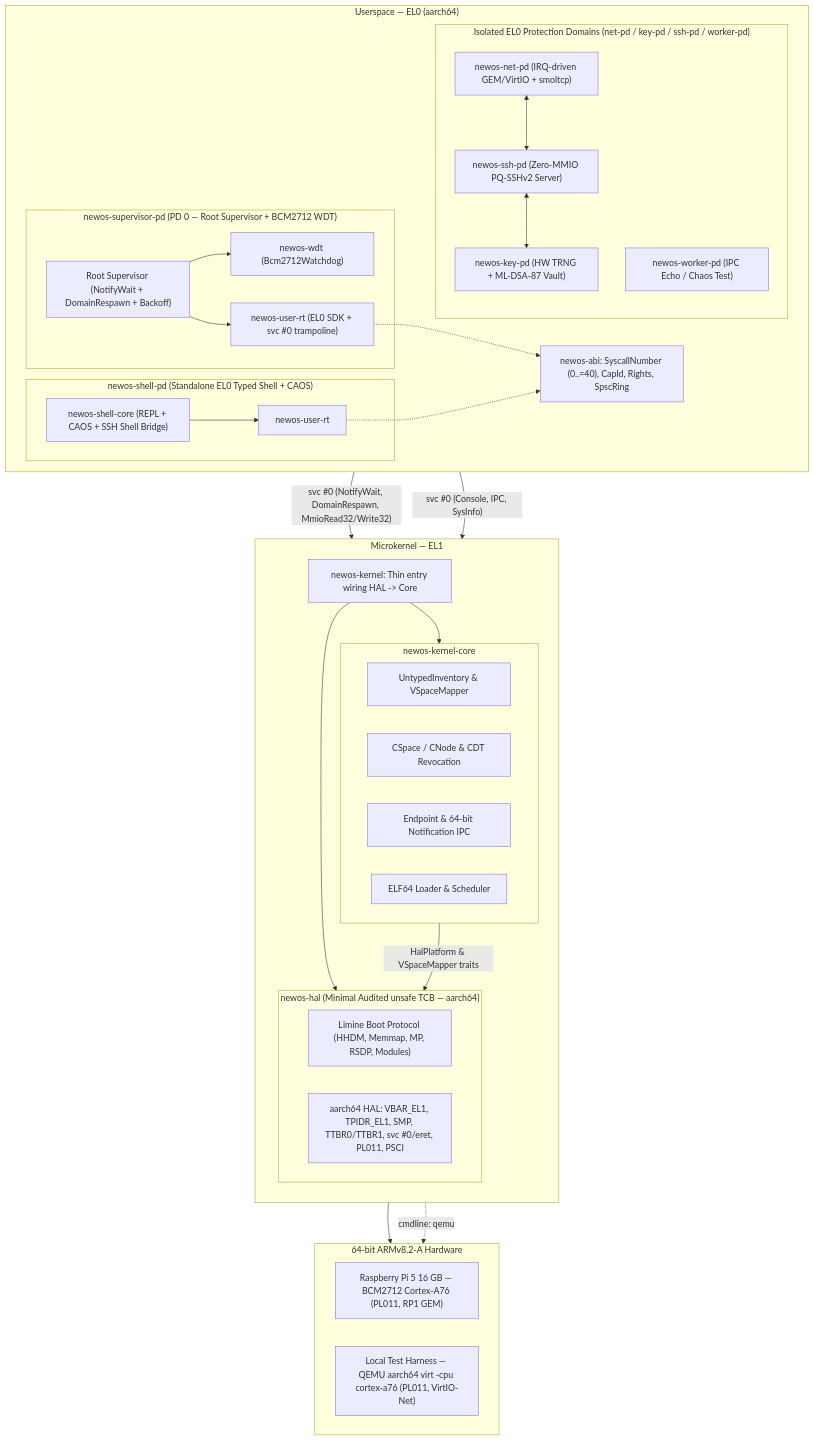
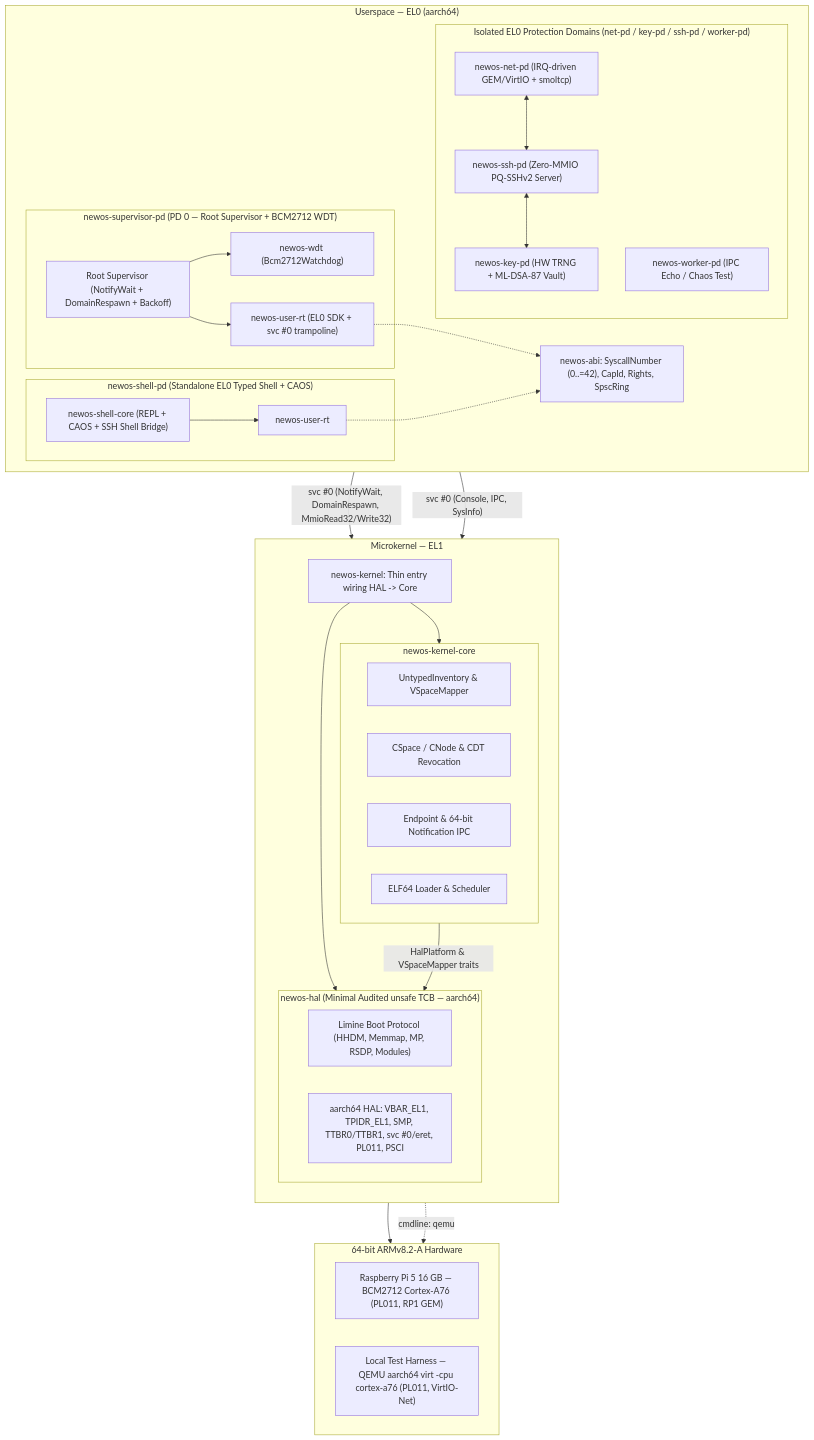
Before and after one commit to laurentgrangeau/newos: the first of 2 diagrams in README.md, drawn with Mermaid. The commit also changed other lines of this file and 42 other files, not shown here.

````diff
--- a/README.md
+++ b/README.md
@@ -40,67 +40,67 @@
 ```mermaid
 flowchart TB
     subgraph Userspace["Userspace — EL0 (aarch64)"]
         direction LR
 
         subgraph SupervisorPD["newos-supervisor-pd (PD 0 — Root Supervisor + BCM2712 WDT)"]
             Sup["Root Supervisor (NotifyWait + DomainRespawn + Backoff)"]
             Wdt["newos-wdt (Bcm2712Watchdog)"]
             InitRT["newos-user-rt (EL0 SDK + svc #0 trampoline)"]
             Sup --> Wdt
             Sup --> InitRT
         end
 
         subgraph ShProc["newos-shell-pd (Standalone EL0 Typed Shell + CAOS)"]
             Shell["newos-shell-core (REPL + CAOS + SSH Shell Bridge)"]
             ShRT["newos-user-rt"]
             Shell --> ShRT
         end
 
         subgraph Domains["Isolated EL0 Protection Domains (net-pd / key-pd / ssh-pd / worker-pd)"]
-            NetD["newos-net-pd (IRQ-driven GEM/VirtIO + smoltcp)"]
-            KeyD["newos-key-pd (HW TRNG + ML-DSA-87 Vault)"]
-            SshD["newos-ssh-pd (Zero-MMIO PQ-SSHv2 Server)"]
-            WorkerMain["newos-worker-pd (IPC Echo / Chaos Test)"]
-            NetD <--> SshD
-            SshD <--> KeyD
+            NetPD["newos-net-pd (IRQ-driven GEM/VirtIO + smoltcp)"]
+            KeyPD["newos-key-pd (HW TRNG + ML-DSA-87 Vault)"]
+            SshPD["newos-ssh-pd (Zero-MMIO PQ-SSHv2 Server)"]
+            WorkerPD["newos-worker-pd (IPC Echo / Chaos Test)"]
+            NetPD <--> SshPD
+            SshPD <--> KeyPD
         end
 
-        ABI["newos-abi: SyscallNumber (0..=40), CapId, Rights, SpscRing"]
+        ABI["newos-abi: SyscallNumber (0..=42), CapId, Rights, SpscRing"]
         InitRT -.-> ABI
         ShRT -.-> ABI
     end
 
     subgraph Kernel["Microkernel — EL1"]
         direction TB
         KernelBin["newos-kernel: Thin entry wiring HAL -> Core"]
 
         subgraph Core["newos-kernel-core"]
             direction LR
             Mem["UntypedInventory & VSpaceMapper"]
             CSpace["CSpace / CNode & CDT Revocation"]
             IPC["Endpoint & 64-bit Notification IPC"]
             ELF["ELF64 Loader & Scheduler"]
         end
 
         subgraph HAL["newos-hal (Minimal Audited unsafe TCB — aarch64)"]
             direction LR
             Boot["Limine Boot Protocol (HHDM, Memmap, MP, RSDP, Modules)"]
             ARM["aarch64 HAL: VBAR_EL1, TPIDR_EL1, SMP, TTBR0/TTBR1, svc #0/eret, PL011, PSCI"]
         end
 
         KernelBin --> Core
         KernelBin --> HAL
         Core -- "HalPlatform & VSpaceMapper traits" --> HAL
     end
 
     subgraph HW["64-bit ARMv8.2-A Hardware"]
         direction LR
         HW_RPI5["Raspberry Pi 5 16 GB — BCM2712 Cortex-A76 (PL011, RP1 GEM)"]
         HW_QEMU["Local Test Harness — QEMU aarch64 virt -cpu cortex-a76 (PL011, VirtIO-Net)"]
     end
 
     InitRT -- "svc #0 (NotifyWait, DomainRespawn, MmioRead32/Write32)" --> HAL
     ShRT -- "svc #0 (Console, IPC, SysInfo)" --> HAL
     ARM --> HW_RPI5
     ARM -. "cmdline: qemu" .-> HW_QEMU
 ```
````
